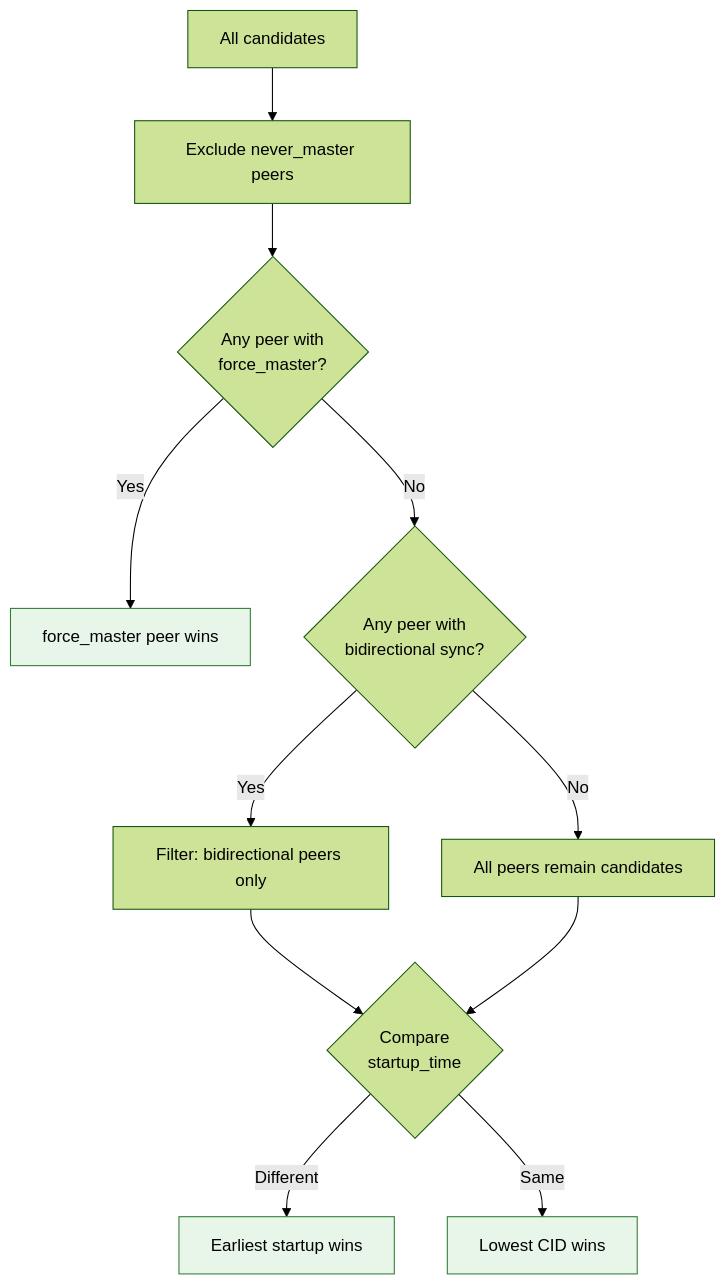
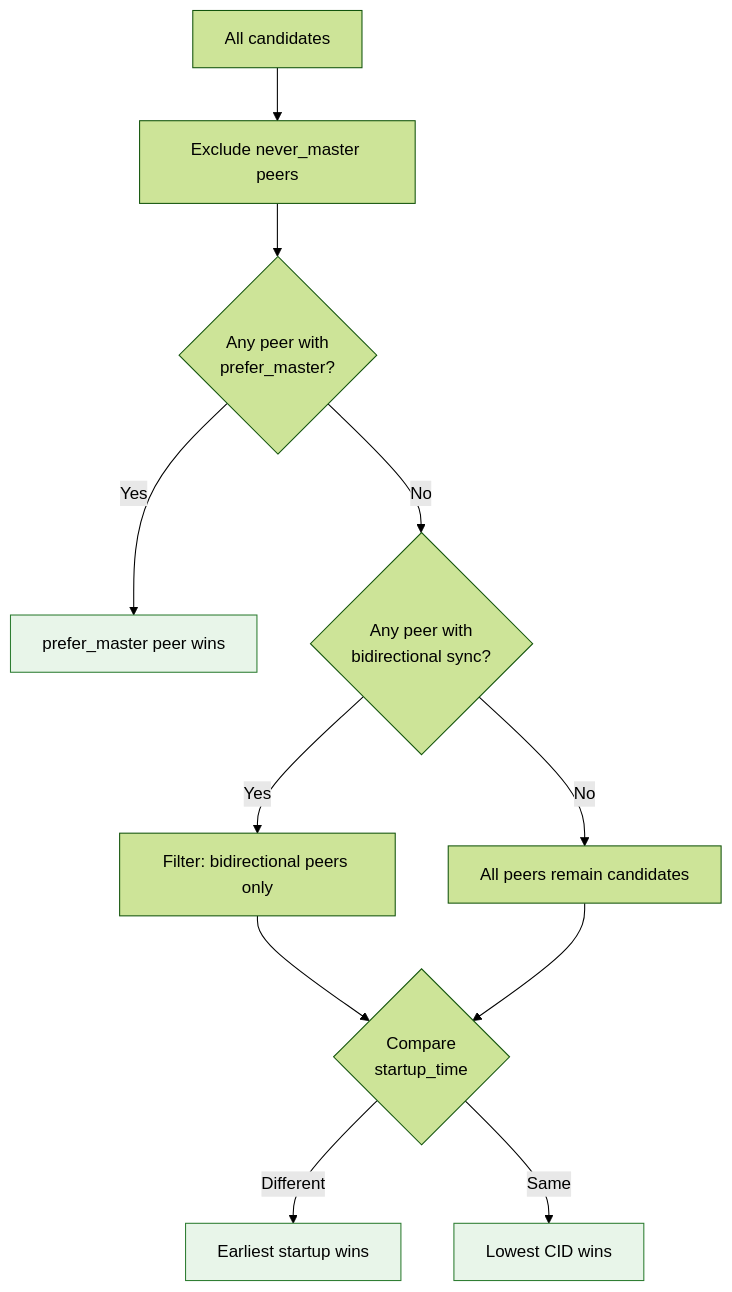
Before and after one commit to albertsdk/hsync-client: the fifth of 7 diagrams in docs/internal/p2p-internals.md, drawn with Mermaid (forest theme). The commit also changed other lines of this file and 58 other files, not shown here.

First line of the commit message:
refactor(p2p): rename force_master to prefer_master

````diff
--- a/docs/internal/p2p-internals.md
+++ b/docs/internal/p2p-internals.md
@@ -218,17 +218,17 @@
 ```mermaid
 flowchart TD
     START["All candidates"] --> NM["Exclude never_master peers"]
-    NM --> FM{"Any peer with<br/>force_master?"}
-    FM -->|"Yes"| FM_WIN["force_master peer wins"]
+    NM --> FM{"Any peer with<br/>prefer_master?"}
+    FM -->|"Yes"| FM_WIN["prefer_master peer wins"]
     FM -->|"No"| BIDIR{"Any peer with<br/>bidirectional sync?"}
     BIDIR -->|"Yes"| BIDIR_POOL["Filter: bidirectional peers only"]
     BIDIR -->|"No"| ALL_POOL["All peers remain candidates"]
     BIDIR_POOL --> STARTUP{"Compare<br/>startup_time"}
     ALL_POOL --> STARTUP
     STARTUP -->|"Different"| EARLIEST["Earliest startup wins"]
     STARTUP -->|"Same"| CID["Lowest CID wins"]
 
     style FM_WIN fill:#e8f5e9,stroke:#2e7d32
     style EARLIEST fill:#e8f5e9,stroke:#2e7d32
     style CID fill:#e8f5e9,stroke:#2e7d32
 ```
````
